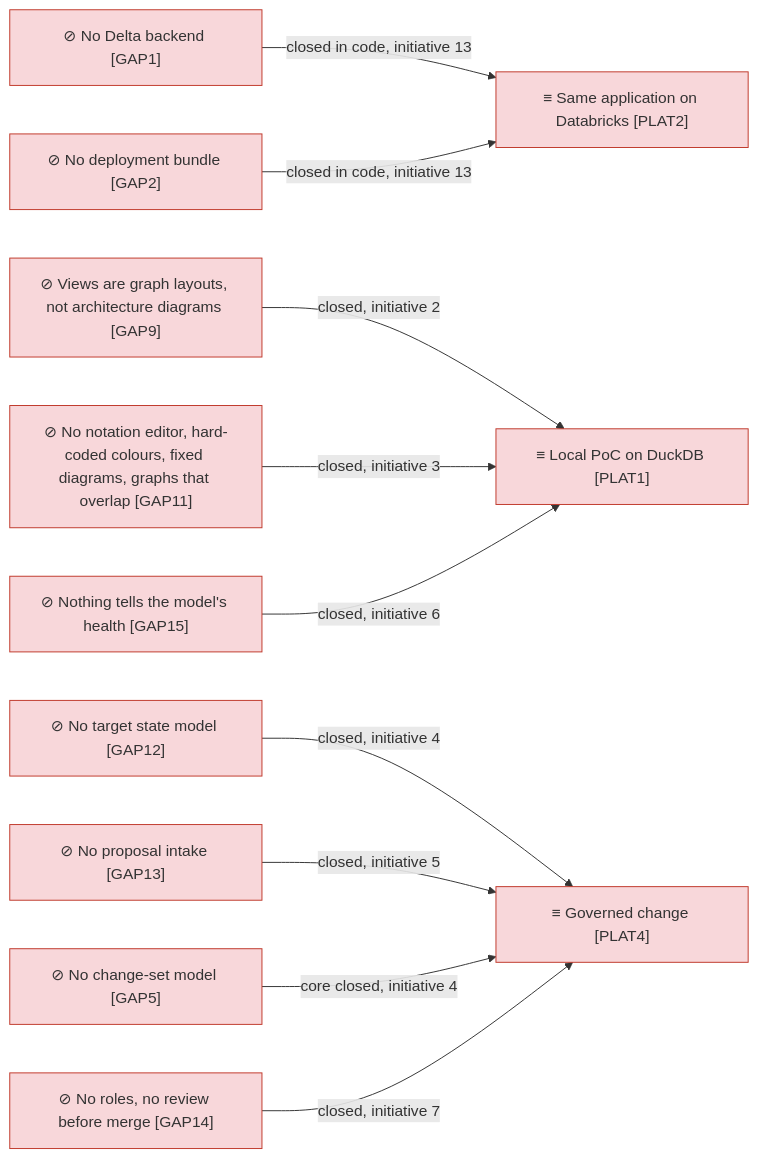
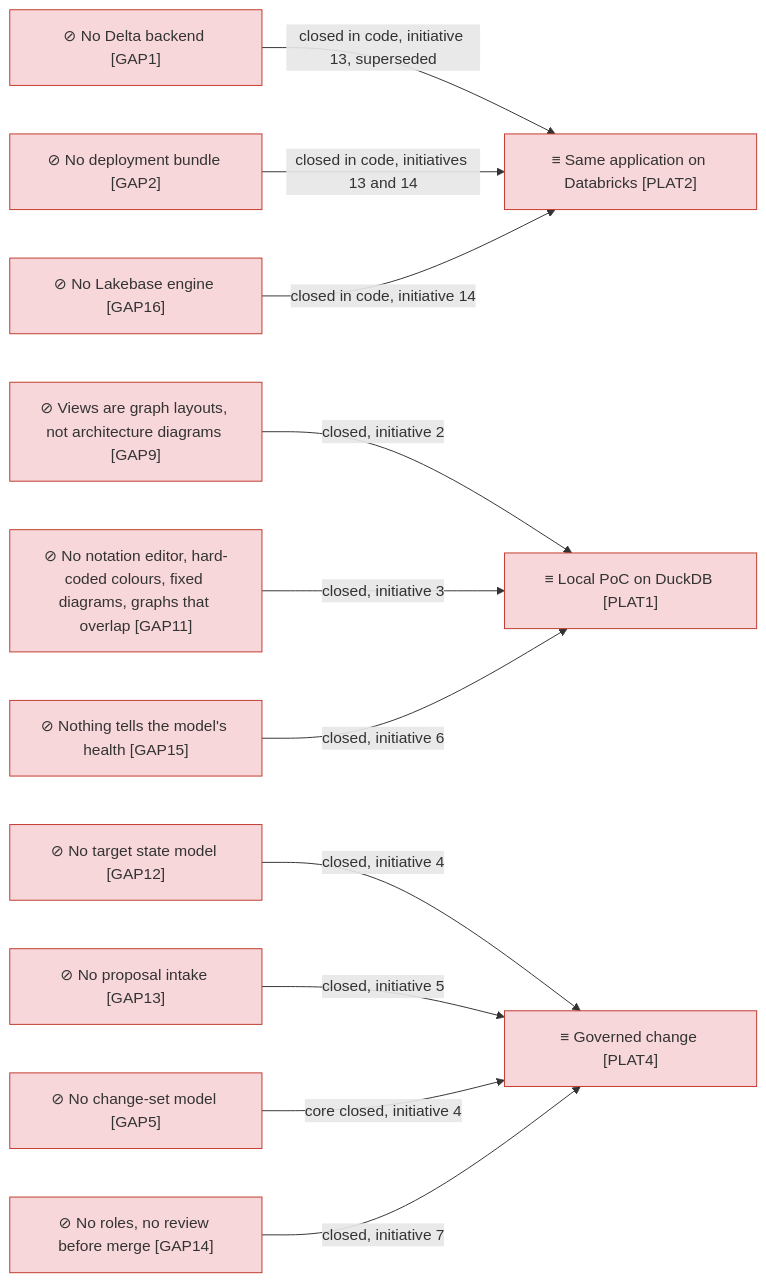
The fourth of 4 diagrams in architecture/6_transition/1_target-state.md (roanboc/dbx-enterprise-architecture), drawn with Mermaid before and after one commit. The commit also changed other lines of this file and 12 other files, not shown here.

First line of the commit message:
docs: initiative 14 — the store on Lakebase, aligned through the layers

````diff
--- a/architecture/6_transition/1_target-state.md
+++ b/architecture/6_transition/1_target-state.md
@@ -99,26 +102,28 @@
 ```mermaid
 flowchart LR
   p1["≡ Local PoC on DuckDB [PLAT1]"]:::implementation
   p2["≡ Same application on Databricks [PLAT2]"]:::implementation
   p4["≡ Governed change [PLAT4]"]:::implementation
   g1["⊘ No Delta backend [GAP1]"]:::implementation
   g2["⊘ No deployment bundle [GAP2]"]:::implementation
+  g16["⊘ No Lakebase engine [GAP16]"]:::implementation
   g9["⊘ Views are graph layouts, not architecture diagrams [GAP9]"]:::implementation
   g11["⊘ No notation editor, hard-coded colours, fixed diagrams, graphs that overlap [GAP11]"]:::implementation
   g5["⊘ No change-set model [GAP5]"]:::implementation
   g12["⊘ No target state model [GAP12]"]:::implementation
   g13["⊘ No proposal intake [GAP13]"]:::implementation
   g14["⊘ No roles, no review before merge [GAP14]"]:::implementation
   g15["⊘ Nothing tells the model's health [GAP15]"]:::implementation
   g9 -->|closed, initiative 2| p1
   g11 -->|closed, initiative 3| p1
   g12 -->|closed, initiative 4| p4
   g13 -->|closed, initiative 5| p4
   g5 -->|core closed, initiative 4| p4
   g14 -->|closed, initiative 7| p4
   g15 -->|closed, initiative 6| p1
-  g1 -->|closed in code, initiative 13| p2
-  g2 -->|closed in code, initiative 13| p2
+  g1 -->|closed in code, initiative 13, superseded| p2
+  g2 -->|closed in code, initiatives 13 and 14| p2
+  g16 -->|closed in code, initiative 14| p2
 
   classDef implementation fill:#f8d7da,stroke:#c0392b,color:#333
 ```
````
